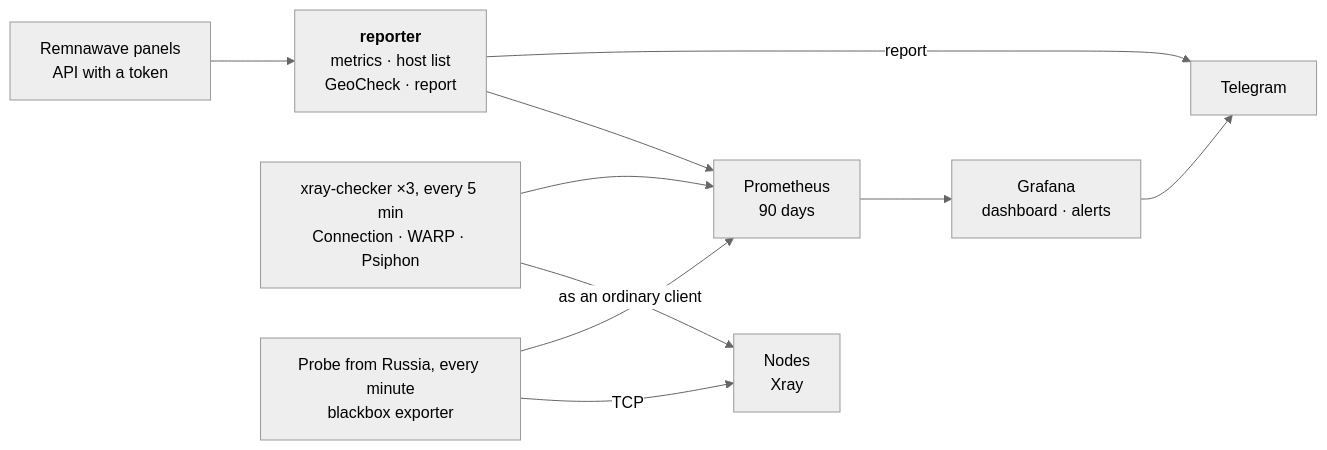
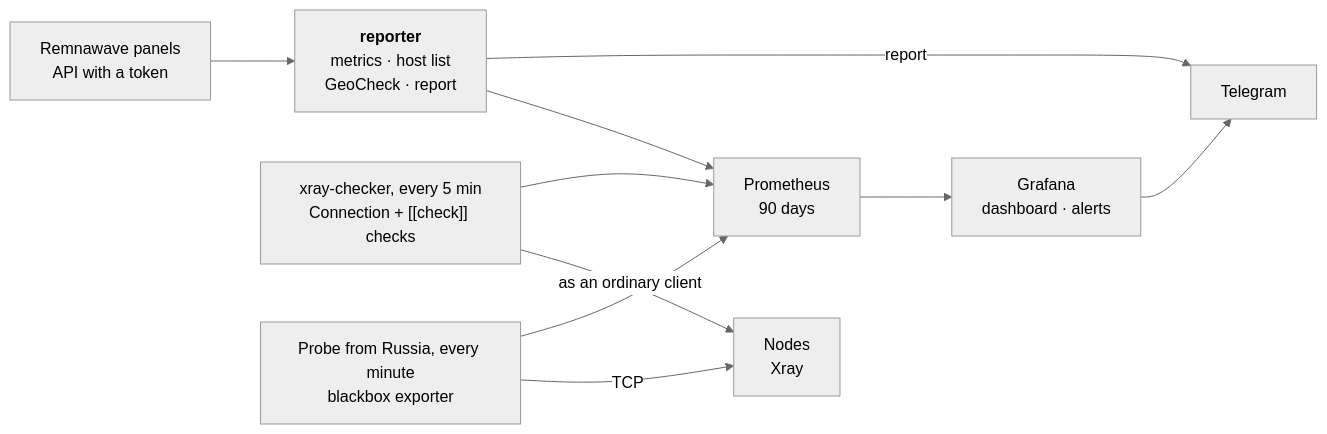
One commit to 3APA3A-3AHO3A/remnawave-monitoring changed the diagram in README.en.md. Above: the diagram before and after it, drawn with Mermaid (neutral theme). The commit also changed other lines of this file and 19 other files, not shown here.

````diff
--- a/README.en.md
+++ b/README.en.md
@@ -47,12 +48,12 @@
 ```mermaid
 flowchart LR
     P["Remnawave panels<br/>API with a token"] --> R["<b>reporter</b><br/>metrics · host list<br/>GeoCheck · report"]
-    X["xray-checker ×3, every 5 min<br/>Connection · WARP · Psiphon"] -- "as an ordinary client" --> N["Nodes<br/>Xray"]
+    X["xray-checker, every 5 min<br/>Connection + [[check]] checks"] -- "as an ordinary client" --> N["Nodes<br/>Xray"]
     B["Probe from Russia, every minute<br/>blackbox exporter"] -- TCP --> N
     R --> M["Prometheus<br/>90 days"]
     X --> M
     B --> M
     M --> G["Grafana<br/>dashboard · alerts"]
     G --> T["Telegram"]
     R -- "report" --> T
 ```
````
